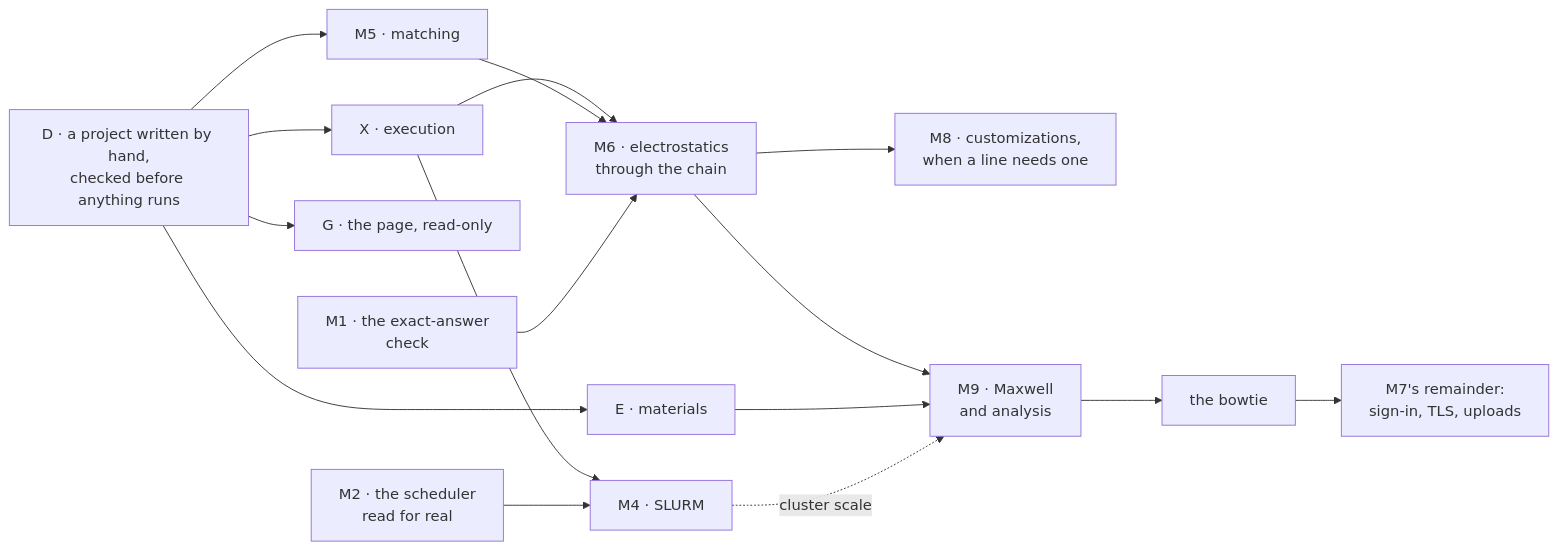
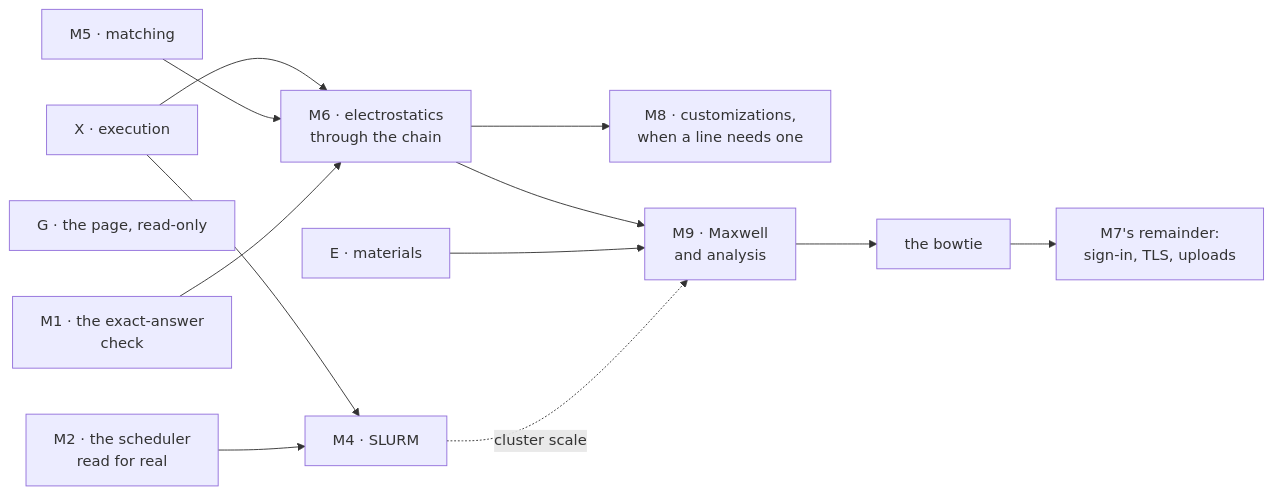
The diagram in docs/plans/plan.md (Qing-LAB/femkit), drawn with Mermaid before and after one commit. The commit also changed other lines of this file and 229 other files, not shown here.

````diff
--- a/docs/plans/plan.md
+++ b/docs/plans/plan.md
@@ -127,19 +131,18 @@
 ```mermaid
 flowchart LR
-    D["D · a project written by hand,<br/>checked before anything runs"]
-    D --> E["E · materials"]
-    D --> X["X · execution"]
-    D --> M5["M5 · matching"]
-    D --> G["G · the page, read-only"]
+    E["E · materials"]
+    X["X · execution"]
+    M5["M5 · matching"]
+    G["G · the page, read-only"]
     X --> M4["M4 · SLURM"]
     M2["M2 · the scheduler<br/>read for real"] --> M4
     X --> M6["M6 · electrostatics<br/>through the chain"]
     M5 --> M6
     M1["M1 · the exact-answer<br/>check"] --> M6
     M6 --> M8["M8 · customizations,<br/>when a line needs one"]
     M6 --> M9["M9 · Maxwell<br/>and analysis"]
     E --> M9
     M4 -.->|"cluster scale"| M9
     M9 --> B["the bowtie"]
     B --> R7["M7's remainder:<br/>sign-in, TLS, uploads"]
 ```
````
